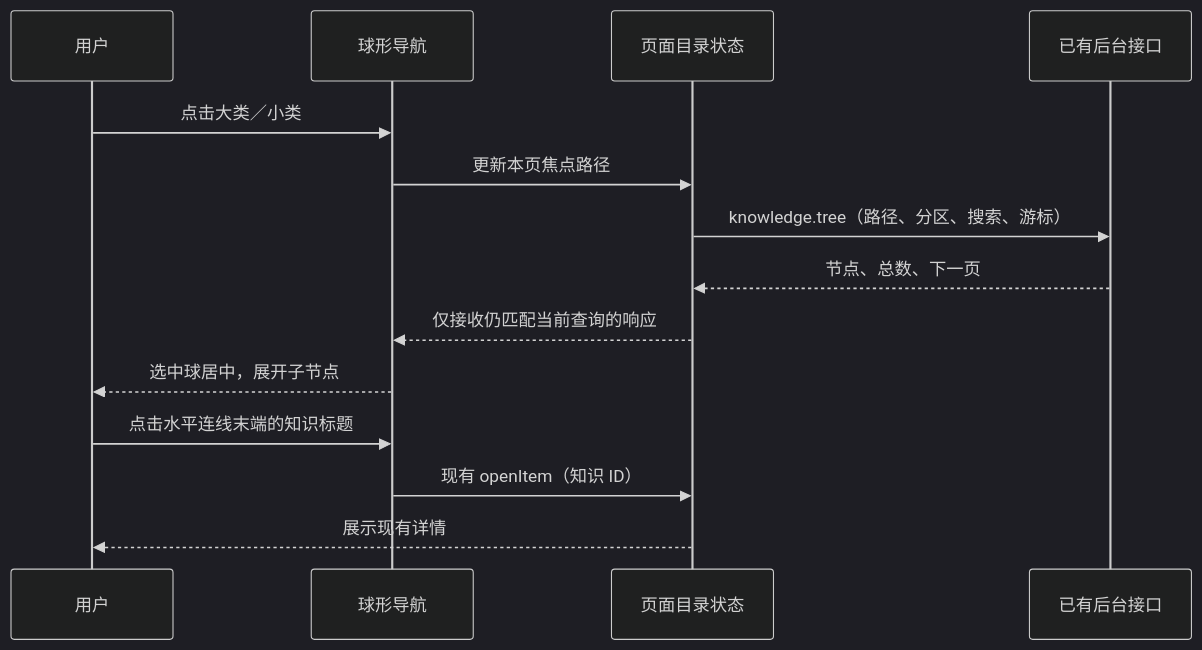
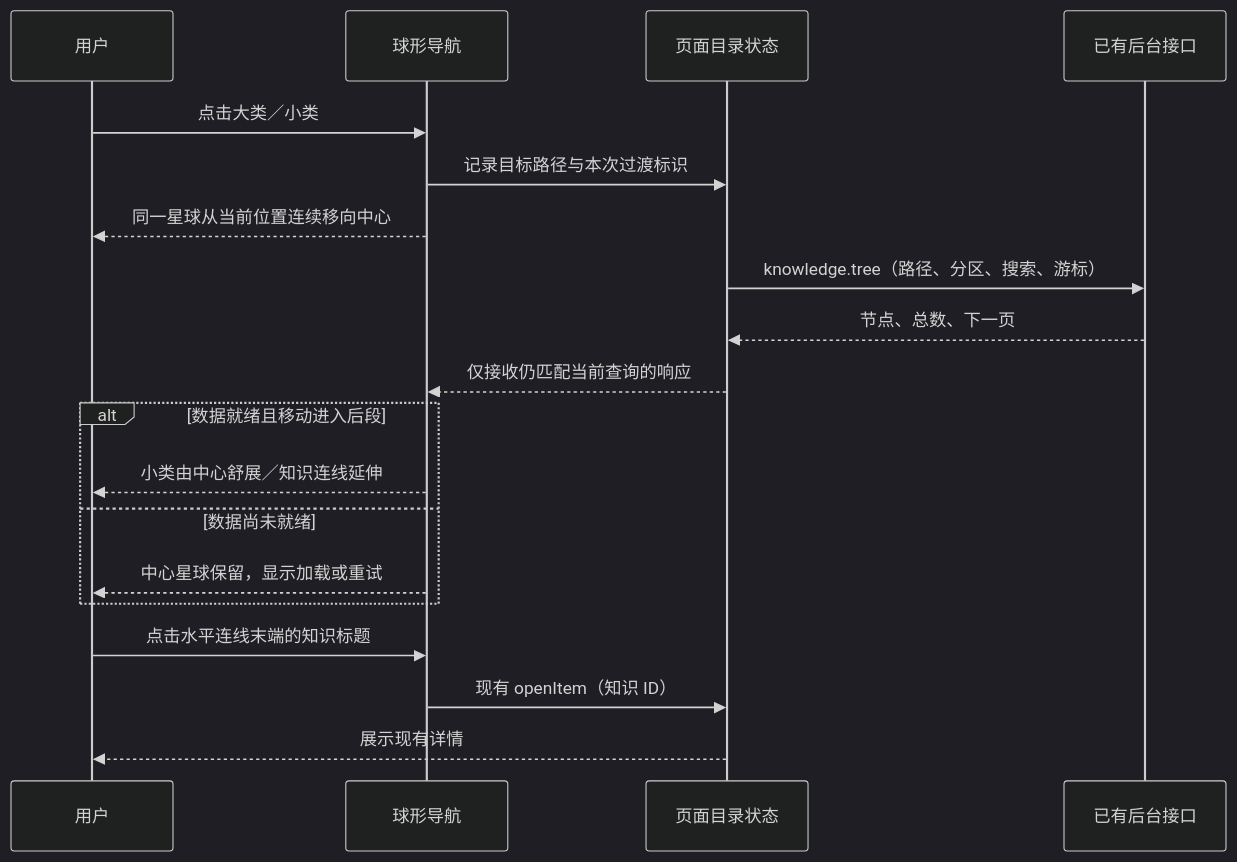
Before and after one commit to 20050404yxc-collab/KnowledgeBase: the sixth of 7 diagrams in docs/确认页/个人知识库/产品方案.md, drawn with Mermaid (dark theme). The commit also changed other lines of this file and 17 other files, not shown here.

````diff
--- a/docs/确认页/个人知识库/产品方案.md
+++ b/docs/确认页/个人知识库/产品方案.md
@@ -631,16 +658,21 @@
 ```mermaid
 sequenceDiagram
     participant 用户
     participant 球形导航
     participant 页面目录状态
     participant 已有后台接口
     用户->>球形导航: 点击大类／小类
-    球形导航->>页面目录状态: 更新本页焦点路径
+    球形导航->>页面目录状态: 记录目标路径与本次过渡标识
+    球形导航-->>用户: 同一星球从当前位置连续移向中心
     页面目录状态->>已有后台接口: knowledge.tree（路径、分区、搜索、游标）
     已有后台接口-->>页面目录状态: 节点、总数、下一页
     页面目录状态-->>球形导航: 仅接收仍匹配当前查询的响应
-    球形导航-->>用户: 选中球居中，展开子节点
+    alt 数据就绪且移动进入后段
+        球形导航-->>用户: 小类由中心舒展／知识连线延伸
+    else 数据尚未就绪
+        球形导航-->>用户: 中心星球保留，显示加载或重试
+    end
     用户->>球形导航: 点击水平连线末端的知识标题
     球形导航->>页面目录状态: 现有 openItem（知识 ID）
     页面目录状态-->>用户: 展示现有详情
 ```
````
